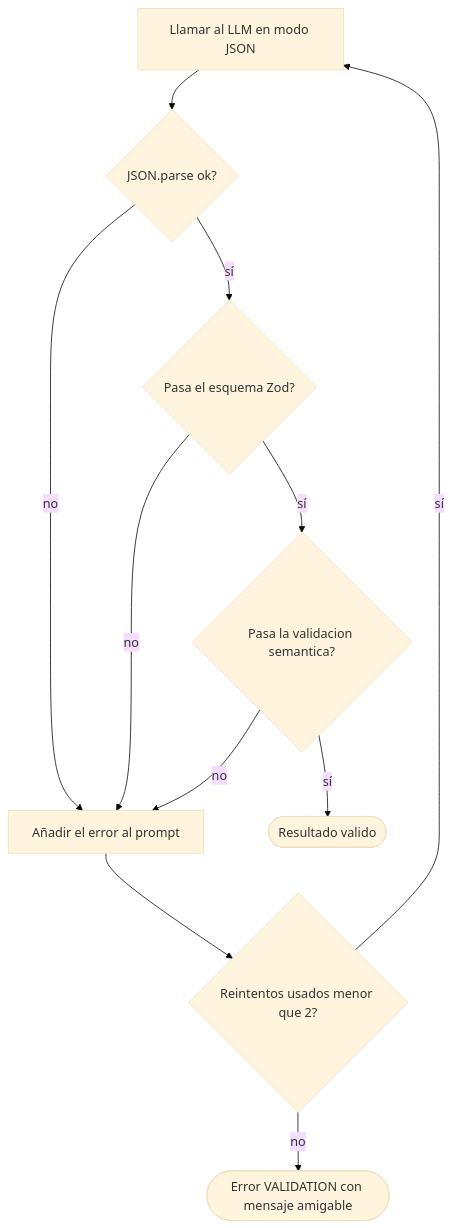
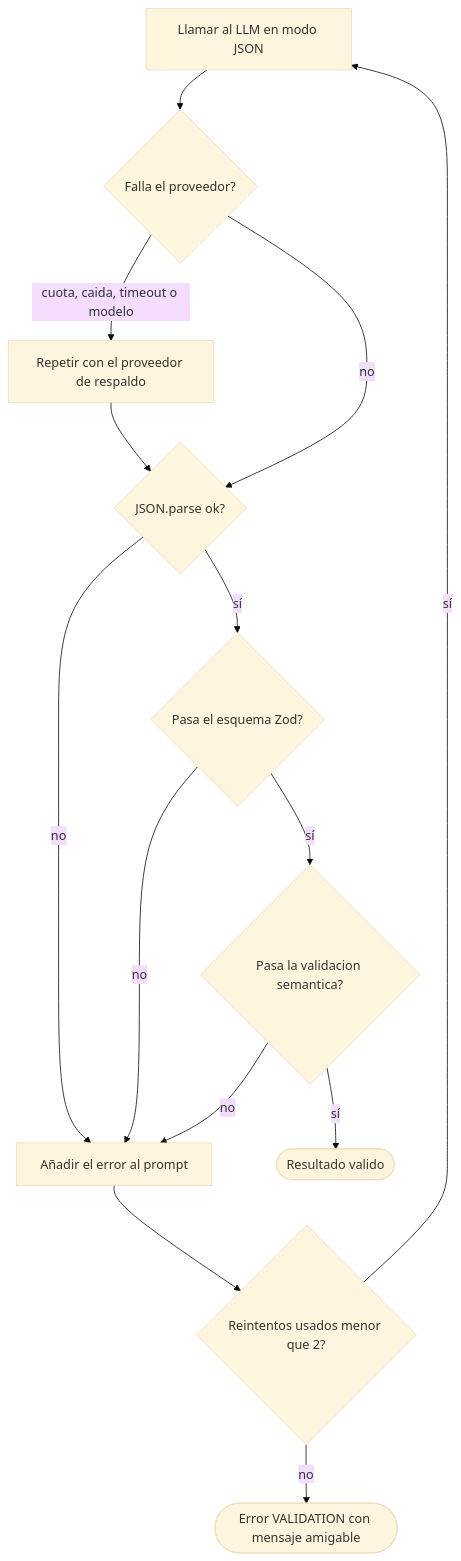
The second of 2 diagrams in README.md (Jhoan-Pd/VibeCode), drawn with Mermaid (base theme) before and after one commit. The commit also changed other lines of this file, not shown here.

Commit message:
docs: README final con las tres fases, arquitectura, decisiones y pruebas

````diff
--- a/README.md
+++ b/README.md
@@ -91,13 +118,16 @@
 ```mermaid
 flowchart TD
-    A["Llamar al LLM en modo JSON"] --> B{"JSON.parse ok?"}
+    A["Llamar al LLM en modo JSON"] --> R{"Falla el proveedor?"}
+    R -->|"cuota, caida, timeout o modelo"| Q["Repetir con el proveedor de respaldo"]
+    Q --> B
+    R -->|"no"| B{"JSON.parse ok?"}
     B -->|"no"| E["Añadir el error al prompt"]
     B -->|"sí"| C{"Pasa el esquema Zod?"}
     C -->|"no"| E
     C -->|"sí"| D{"Pasa la validacion semantica?"}
     D -->|"no"| E
     D -->|"sí"| F(["Resultado valido"])
     E --> G{"Reintentos usados menor que 2?"}
     G -->|"sí"| A
     G -->|"no"| H(["Error VALIDATION con mensaje amigable"])
 ```
````
